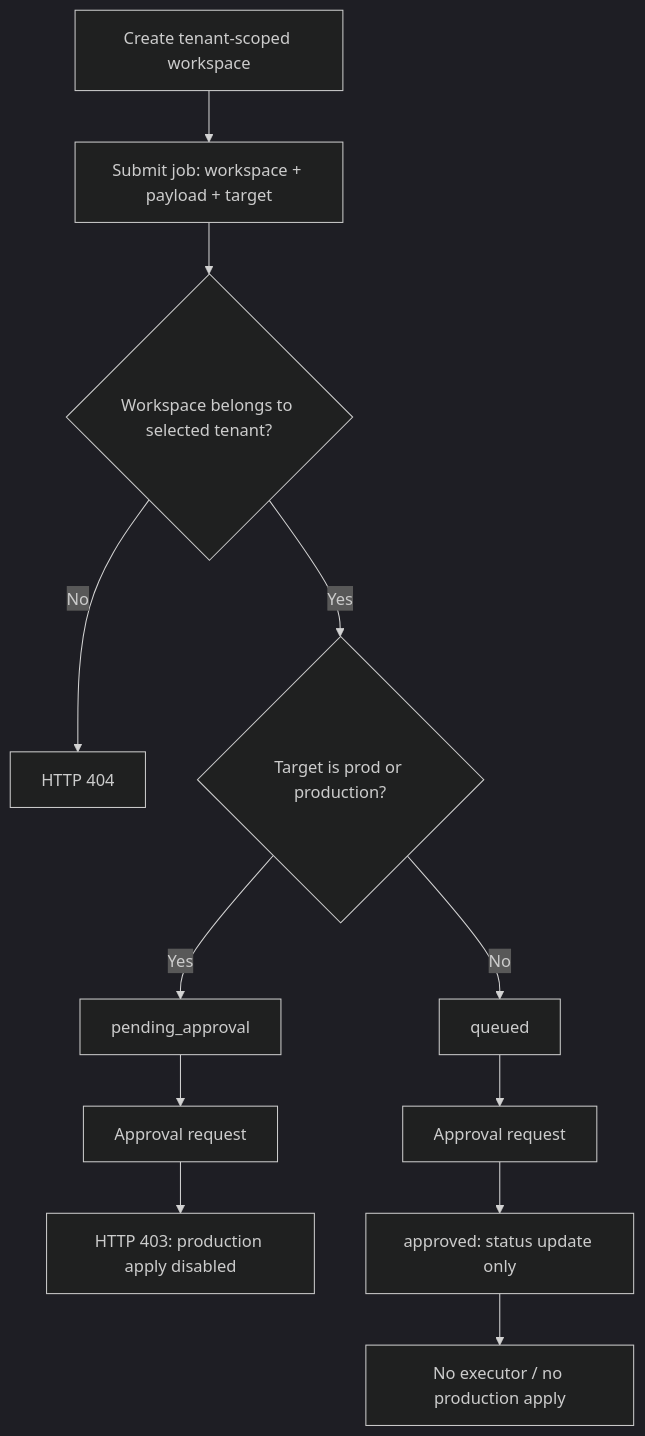
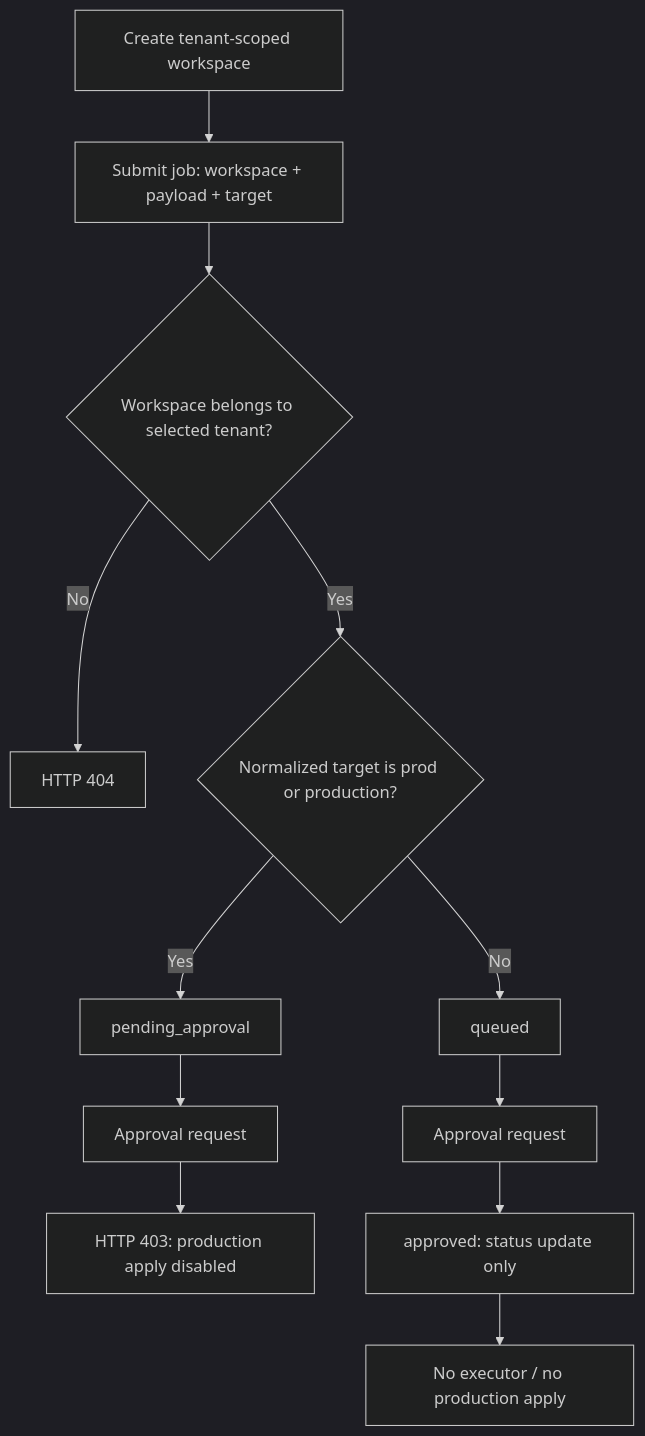
One commit to iarsingh/support-ticket-classification-system changed the second of 2 diagrams in docs/PROCESS_FLOW.md. Above: the diagram before and after it, drawn with Mermaid (dark theme). The commit also changed other lines of this file and 13 other files, not shown here.

````diff
--- a/docs/PROCESS_FLOW.md
+++ b/docs/PROCESS_FLOW.md
@@ -24,14 +24,14 @@
 ```mermaid
 flowchart TD
   C["Create tenant-scoped workspace"] --> J["Submit job: workspace + payload + target"]
   J --> V{"Workspace belongs to selected tenant?"}
   V -->|"No"| E["HTTP 404"]
-  V -->|"Yes"| P{"Target is prod or production?"}
+  V -->|"Yes"| P{"Normalized target is prod or production?"}
   P -->|"Yes"| Q["pending_approval"]
   P -->|"No"| L["queued"]
   Q --> A["Approval request"]
   A --> X["HTTP 403: production apply disabled"]
   L --> B["Approval request"]
   B --> K["approved: status update only"]
   K --> S["No executor / no production apply"]
 ```
````
